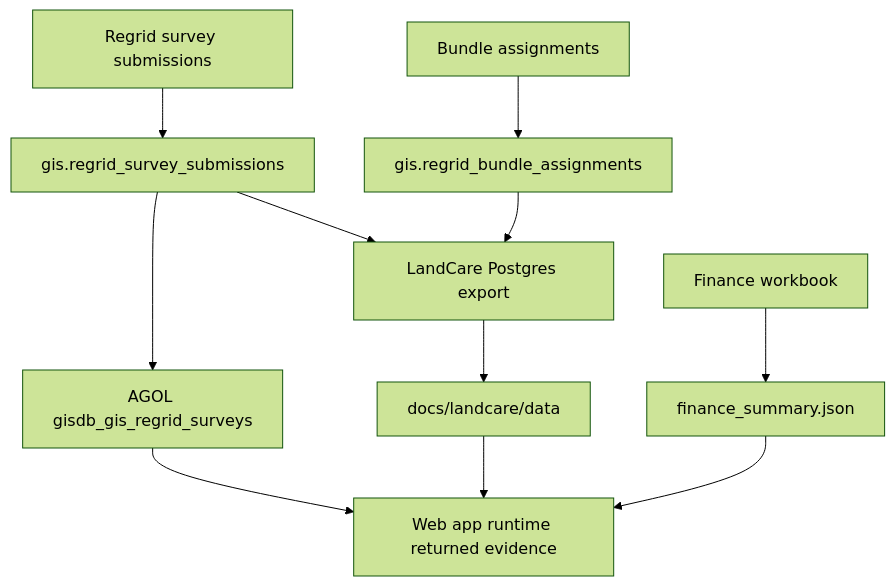
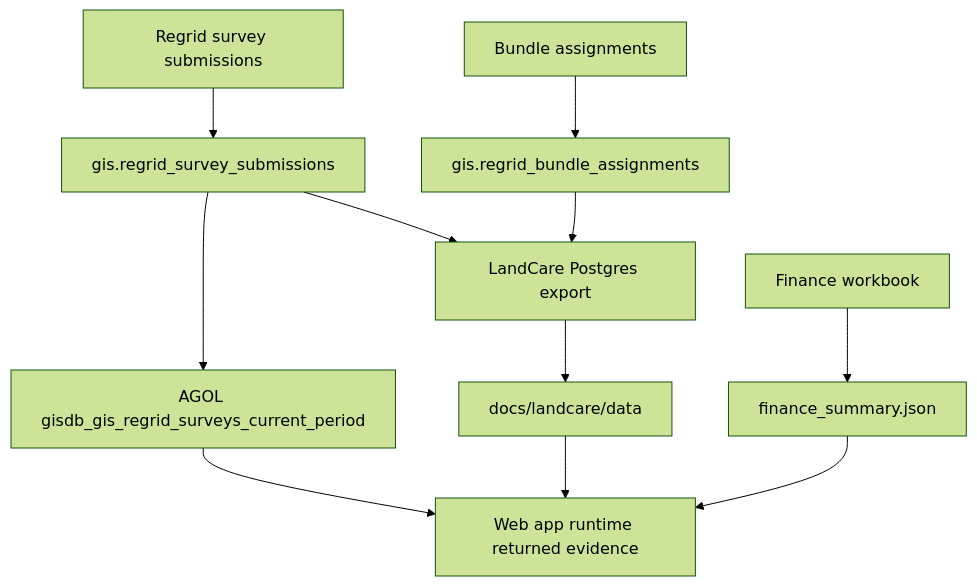
The eighth of 8 diagrams in docs/task-scheduler-vm-operations.md (rutomo-ura/land-care-assurance), drawn with Mermaid (forest theme) before and after one commit. The commit also changed other lines of this file and 10 other files, not shown here.

Commit message:
Point LandCare surveys to current-period AGOL layer

````diff
--- a/docs/task-scheduler-vm-operations.md
+++ b/docs/task-scheduler-vm-operations.md
@@ -168,13 +168,13 @@
 ```mermaid
 flowchart TD
     Regrid["Regrid survey submissions"] --> GISDBSurvey["gis.regrid_survey_submissions"]
-    GISDBSurvey --> AGOLSurvey["AGOL gisdb_gis_regrid_surveys"]
+    GISDBSurvey --> AGOLSurvey["AGOL gisdb_gis_regrid_surveys_current_period"]
     Bundle["Bundle assignments"] --> GISDBAssign["gis.regrid_bundle_assignments"]
     Workbook["Finance workbook"] --> FinanceJson["finance_summary.json"]
     GISDBSurvey --> Export["LandCare Postgres export"]
     GISDBAssign --> Export
     Export --> DataJson["docs/landcare/data"]
     AGOLSurvey --> Runtime["Web app runtime returned evidence"]
     DataJson --> Runtime
     FinanceJson --> Runtime
 ```
````
